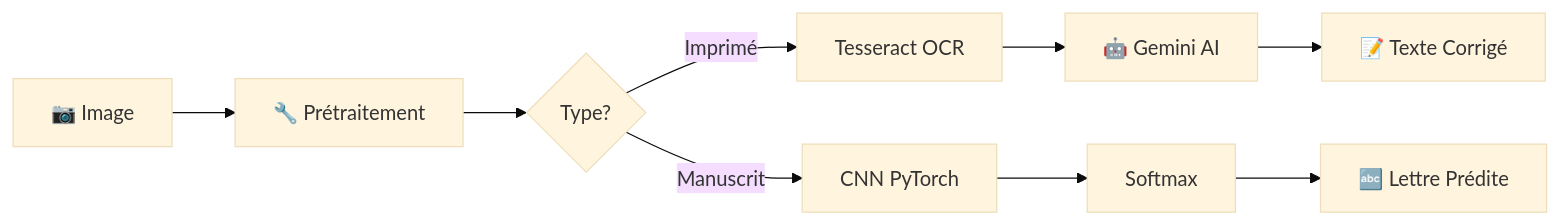
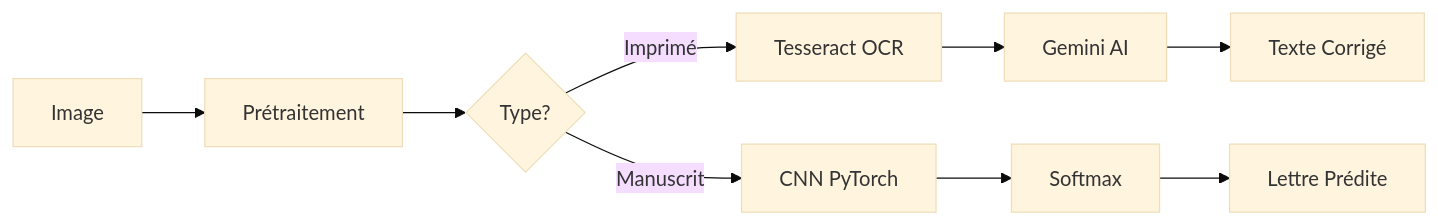
The diagram in README.md (aoulichak/OCR-University-Project), drawn with Mermaid (base theme) before and after one commit. The commit also changed other lines of this file, not shown here.

````diff
--- a/README.md
+++ b/README.md
@@ -109,11 +110,11 @@
 ```mermaid
 graph LR
-    A[📷 Image] --> B[🔧 Prétraitement]
+    A[Image] --> B[Prétraitement]
     B --> C{Type?}
     C -->|Imprimé| D[Tesseract OCR]
     C -->|Manuscrit| E[CNN PyTorch]
-    D --> F[🤖 Gemini AI]
+    D --> F[Gemini AI]
     E --> G[Softmax]
-    F --> H[📝 Texte Corrigé]
-    G --> I[🔤 Lettre Prédite]
+    F --> H[Texte Corrigé]
+    G --> I[Lettre Prédite]
 ```
````
